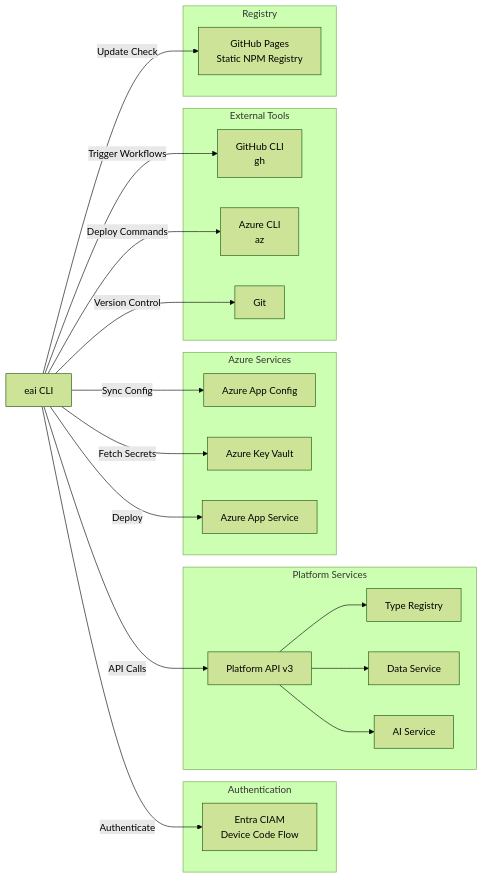
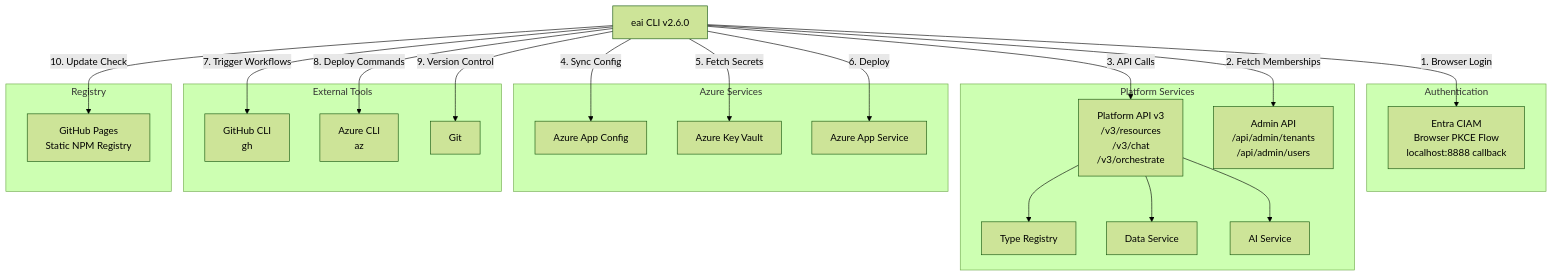
Before and after one commit to eai-support/eai: the diagram in .tech-docs/dependencies.md, drawn with Mermaid (forest theme). The commit also changed other lines of this file and 9 other files, not shown here.

````diff
--- a/.tech-docs/dependencies.md
+++ b/.tech-docs/dependencies.md
@@ -16,47 +16,49 @@
 ```mermaid
-graph LR
-    CLI[eai CLI]
+graph TB
+    CLI[eai CLI v2.6.0]
 
     subgraph "Authentication"
-        EntraCIAM[Entra CIAM<br/>Device Code Flow]
+        EntraCIAM[Entra CIAM<br/>Browser PKCE Flow<br/>localhost:8888 callback]
     end
 
     subgraph "Platform Services"
-        PublicAPI[Platform API v3]
+        PublicAPI[Platform API v3<br/>/v3/resources<br/>/v3/chat<br/>/v3/orchestrate]
+        AdminAPI[Admin API<br/>/api/admin/tenants<br/>/api/admin/users]
         TypeRegistry[Type Registry]
         DataService[Data Service]
         AIService[AI Service]
     end
 
     subgraph "Azure Services"
         AppConfig[Azure App Config]
         KeyVault[Azure Key Vault]
         AppService[Azure App Service]
     end
 
     subgraph "External Tools"
         GitHubCLI[GitHub CLI<br/>gh]
         AzureCLI[Azure CLI<br/>az]
         Git[Git]
     end
 
     subgraph "Registry"
         GitHubPages[GitHub Pages<br/>Static NPM Registry]
     end
 
-    CLI -->|Authenticate| EntraCIAM
-    CLI -->|API Calls| PublicAPI
+    CLI -->|1. Browser Login| EntraCIAM
+    CLI -->|2. Fetch Memberships| AdminAPI
+    CLI -->|3. API Calls| PublicAPI
     PublicAPI --> TypeRegistry
     PublicAPI --> DataService
     PublicAPI --> AIService
 
-    CLI -->|Sync Config| AppConfig
-    CLI -->|Fetch Secrets| KeyVault
-    CLI -->|Deploy| AppService
+    CLI -->|4. Sync Config| AppConfig
+    CLI -->|5. Fetch Secrets| KeyVault
+    CLI -->|6. Deploy| AppService
 
-    CLI -->|Trigger Workflows| GitHubCLI
-    CLI -->|Deploy Commands| AzureCLI
-    CLI -->|Version Control| Git
+    CLI -->|7. Trigger Workflows| GitHubCLI
+    CLI -->|8. Deploy Commands| AzureCLI
+    CLI -->|9. Version Control| Git
 
-    CLI -->|Update Check| GitHubPages
+    CLI -->|10. Update Check| GitHubPages
 ```
````
